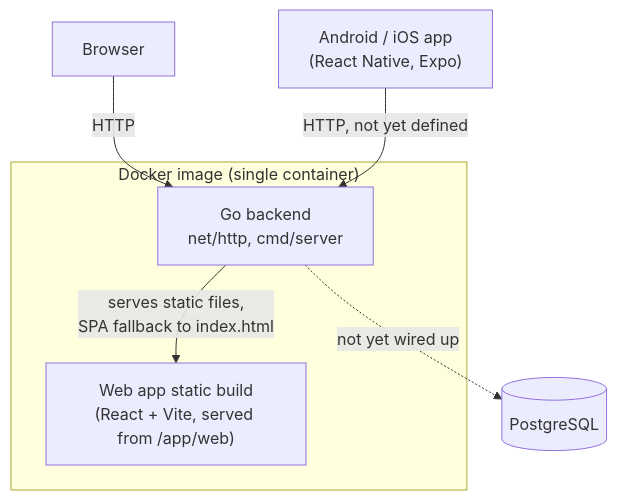
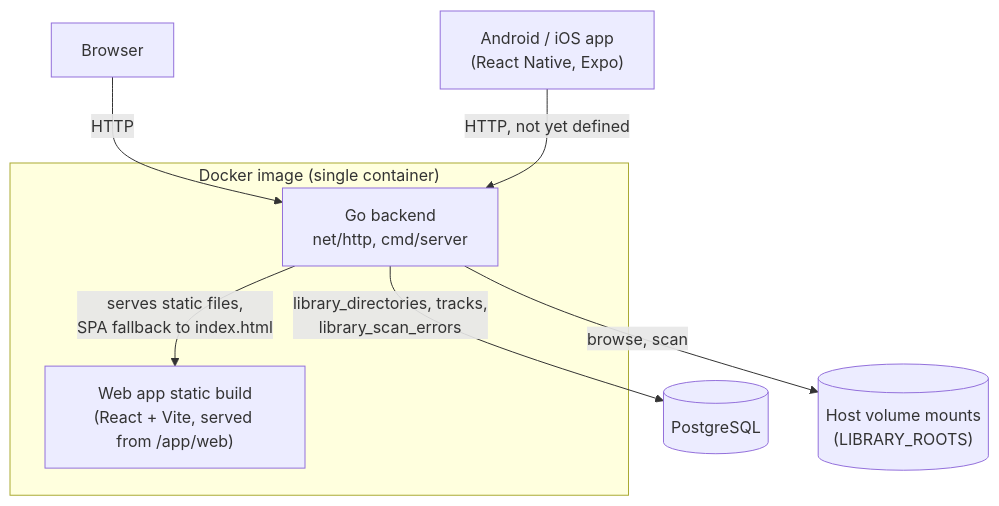
One commit to yaremam/opusflow changed the diagram in docs/ARCHITECTURE.md. Above: the diagram before and after it, drawn with Mermaid. The commit also changed other lines of this file and 62 other files, not shown here.

````diff
--- a/docs/ARCHITECTURE.md
+++ b/docs/ARCHITECTURE.md
@@ -16,17 +18,19 @@
 ```mermaid
 flowchart TB
     Browser["Browser"]
     Phone["Android / iOS app<br/>(React Native, Expo)"]
 
     subgraph Container["Docker image (single container)"]
         Backend["Go backend<br/>net/http, cmd/server"]
         Web["Web app static build<br/>(React + Vite, served from /app/web)"]
     end
 
     Postgres[("PostgreSQL")]
+    Volumes[("Host volume mounts<br/>(LIBRARY_ROOTS)")]
 
     Browser -->|HTTP| Backend
     Backend -->|serves static files,<br/>SPA fallback to index.html| Web
     Phone -->|HTTP, not yet defined| Backend
-    Backend -.->|not yet wired up| Postgres
+    Backend -->|library_directories, tracks,<br/>library_scan_errors| Postgres
+    Backend -->|browse, scan| Volumes
 ```
````
